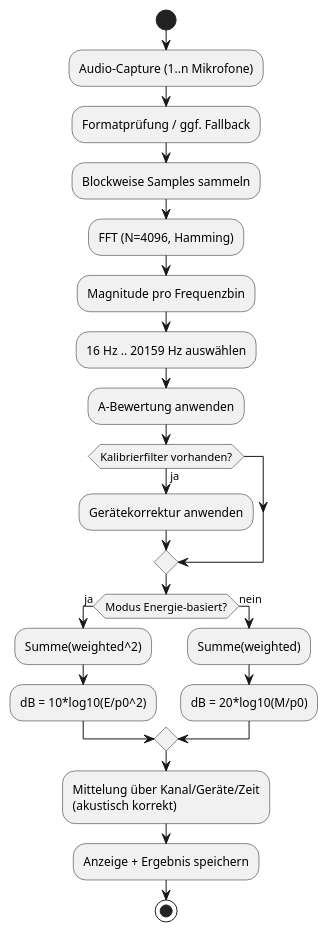
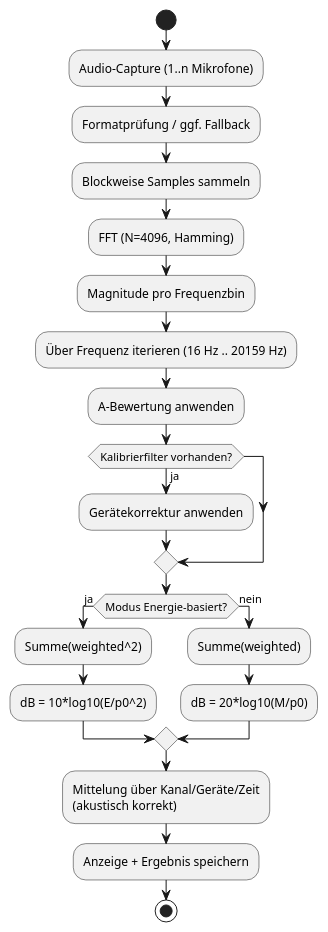
One commit to max-4711/kk-docs changed the diagram in docs/technical/schalldruckpegelmessung.md. Above: the diagram before and after it, drawn with PlantUML. The commit also changed other lines of this file and 7 other files, not shown here.

````diff
--- a/docs/technical/schalldruckpegelmessung.md
+++ b/docs/technical/schalldruckpegelmessung.md
@@ -278,26 +283,26 @@
 ```plantuml
 @startuml
 start
 :Audio-Capture (1..n Mikrofone);
 :Formatprüfung / ggf. Fallback;
 :Blockweise Samples sammeln;
 :FFT (N=4096, Hamming);
 :Magnitude pro Frequenzbin;
-:16 Hz .. 20159 Hz auswählen;
+:Über Frequenz iterieren (16 Hz .. 20159 Hz);
 :A-Bewertung anwenden;
 if (Kalibrierfilter vorhanden?) then (ja)
   :Gerätekorrektur anwenden;
 endif
 if (Modus Energie-basiert?) then (ja)
   :Summe(weighted^2);
   :dB = 10*log10(E/p0^2);
 else (nein)
   :Summe(weighted);
   :dB = 20*log10(M/p0);
 endif
 :Mittelung über Kanal/Geräte/Zeit
 (akustisch korrekt);
 :Anzeige + Ergebnis speichern;
 stop
 @enduml
 ```
````
